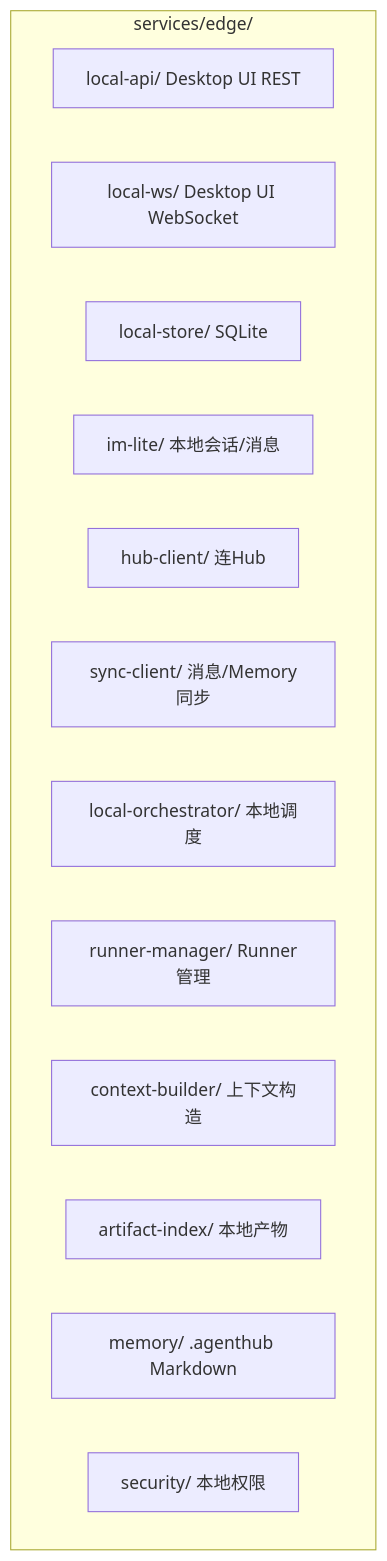
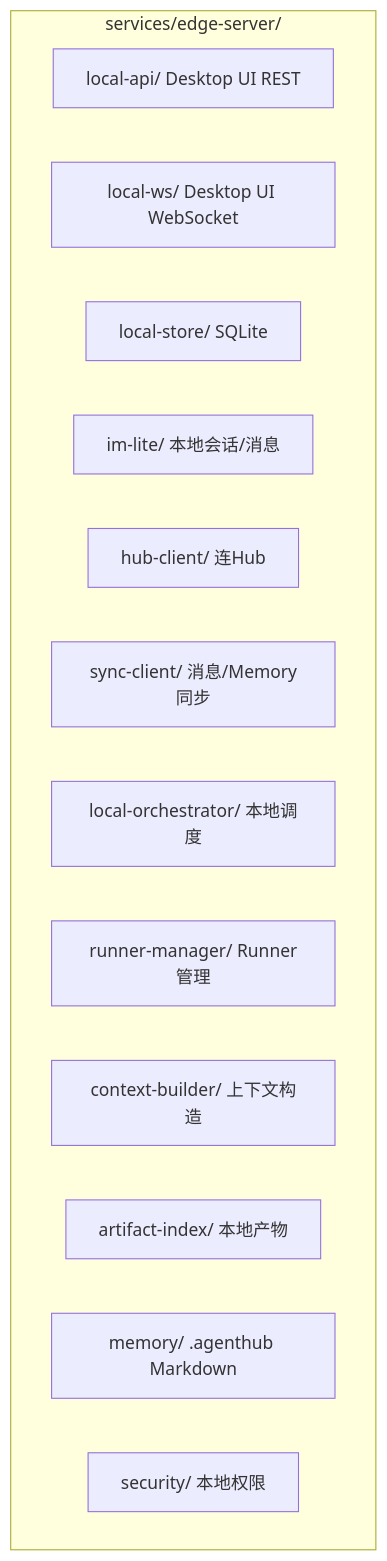
The third of 10 diagrams in docs/architecture.md (TokenDanceLab/AgentHub), drawn with Mermaid before and after one commit. The commit also changed other lines of this file and 36 other files, not shown here.

````diff
--- a/docs/architecture.md
+++ b/docs/architecture.md
@@ -61,17 +61,17 @@
 ```mermaid
 graph TB
-    subgraph Edge["services/edge/"]
+    subgraph Edge["services/edge-server/"]
         API["local-api/ Desktop UI REST"]
         WS["local-ws/ Desktop UI WebSocket"]
         Store["local-store/ SQLite"]
         IM["im-lite/ 本地会话/消息"]
         HC["hub-client/ 连Hub"]
         SC["sync-client/ 消息/Memory同步"]
         Orch["local-orchestrator/ 本地调度"]
         RM["runner-manager/ Runner管理"]
         CB["context-builder/ 上下文构造"]
         AI["artifact-index/ 本地产物"]
         Mem["memory/ .agenthub Markdown"]
         Sec["security/ 本地权限"]
     end
 ```
````
